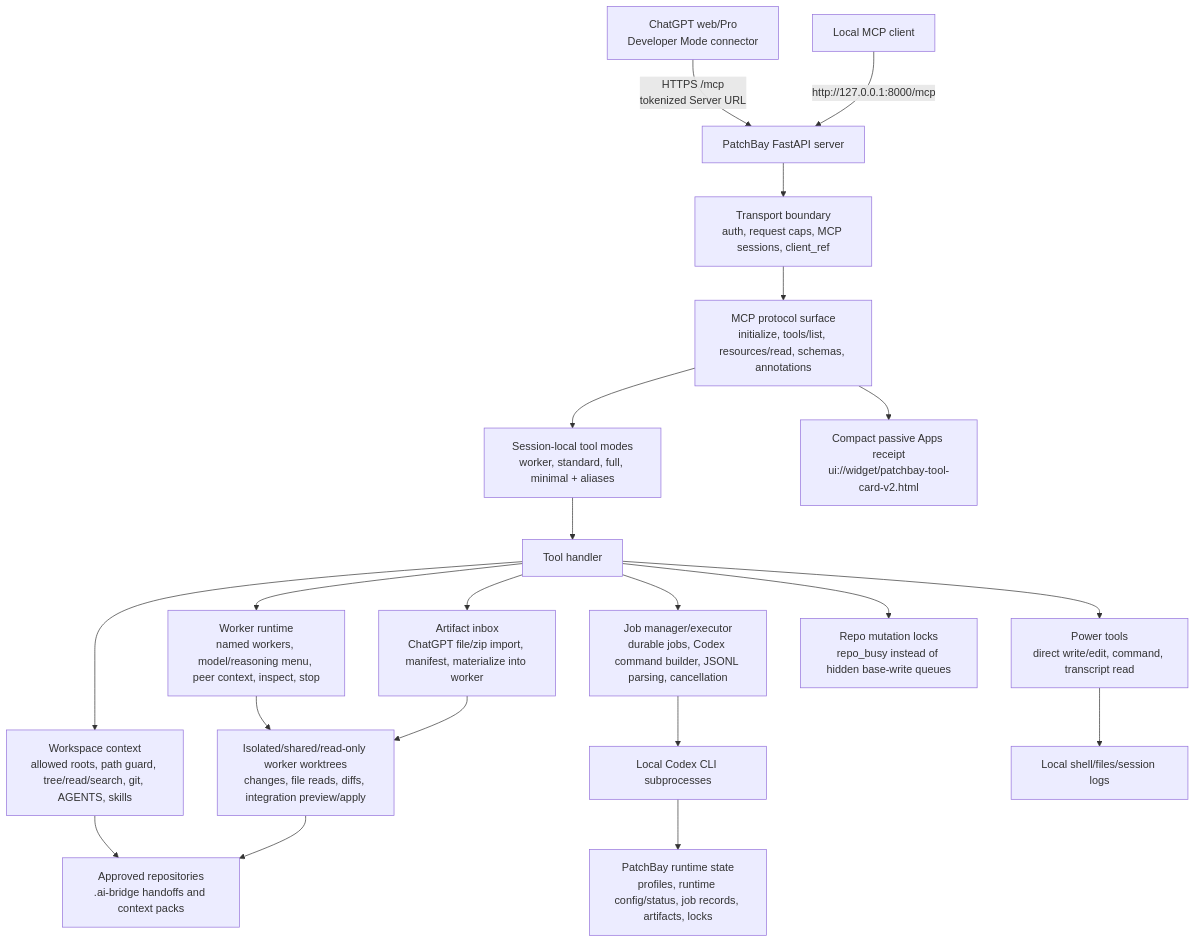
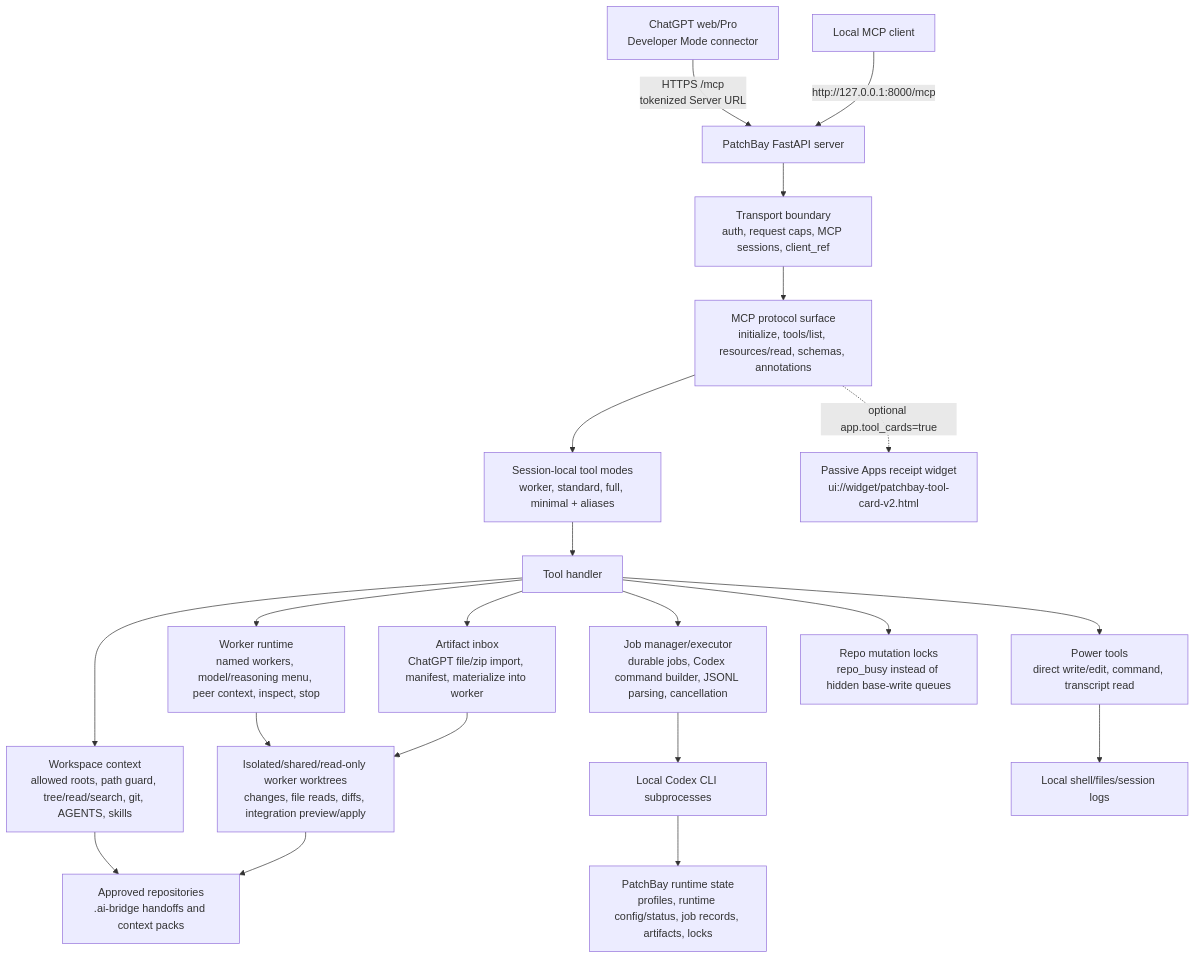
The diagram in README.md (velhud/PatchBay), drawn with Mermaid before and after one commit. The commit also changed other lines of this file and 19 other files, not shown here.

Commit message:
Disable PatchBay tool cards by default

````diff
--- a/README.md
+++ b/README.md
@@ -82,26 +82,26 @@
 ```mermaid
 flowchart TD
     A["ChatGPT web/Pro<br/>Developer Mode connector"] -->|"HTTPS /mcp<br/>tokenized Server URL"| B["PatchBay FastAPI server"]
     A2["Local MCP client"] -->|"http://127.0.0.1:8000/mcp"| B
 
     B --> C["Transport boundary<br/>auth, request caps, MCP sessions, client_ref"]
     C --> D["MCP protocol surface<br/>initialize, tools/list, resources/read, schemas, annotations"]
     D --> E["Session-local tool modes<br/>worker, standard, full, minimal + aliases"]
-    D --> R["Compact passive Apps receipt<br/>ui://widget/patchbay-tool-card-v2.html"]
+    D -. "optional app.tool_cards=true" .-> R["Passive Apps receipt widget<br/>ui://widget/patchbay-tool-card-v2.html"]
 
     E --> H["Tool handler"]
     H --> W["Workspace context<br/>allowed roots, path guard, tree/read/search, git, AGENTS, skills"]
     H --> N["Worker runtime<br/>named workers, model/reasoning menu, peer context, inspect, stop"]
     H --> I["Artifact inbox<br/>ChatGPT file/zip import, manifest, materialize into worker"]
     H --> J["Job manager/executor<br/>durable jobs, Codex command builder, JSONL parsing, cancellation"]
     H --> P["Power tools<br/>direct write/edit, command, transcript read"]
     H --> L["Repo mutation locks<br/>repo_busy instead of hidden base-write queues"]
 
     N --> WT["Isolated/shared/read-only worker worktrees<br/>changes, file reads, diffs, integration preview/apply"]
     I --> WT
     J --> X["Local Codex CLI subprocesses"]
     P --> Y["Local shell/files/session logs"]
     W --> Z["Approved repositories<br/>.ai-bridge handoffs and context packs"]
     WT --> Z
     X --> S["PatchBay runtime state<br/>profiles, runtime config/status, job records, artifacts, locks"]
 ```
````
